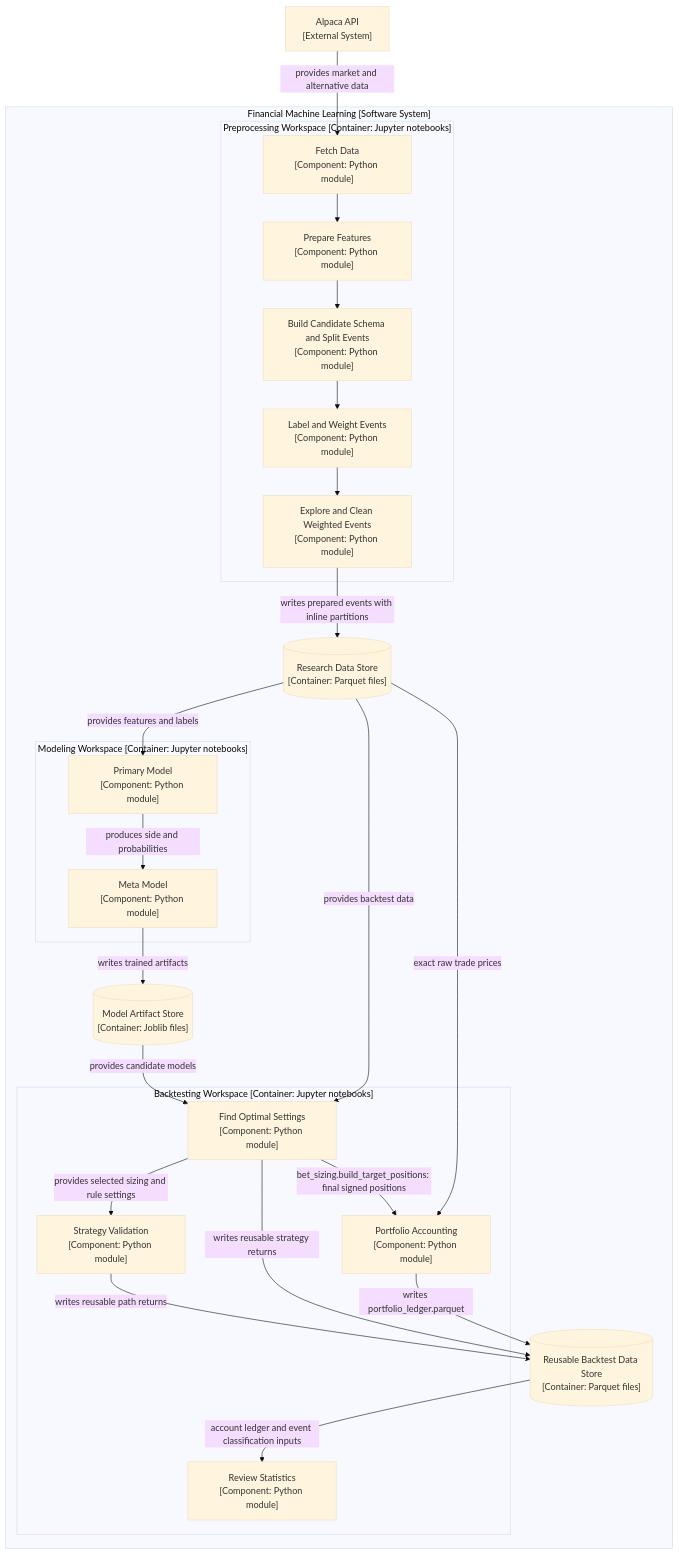
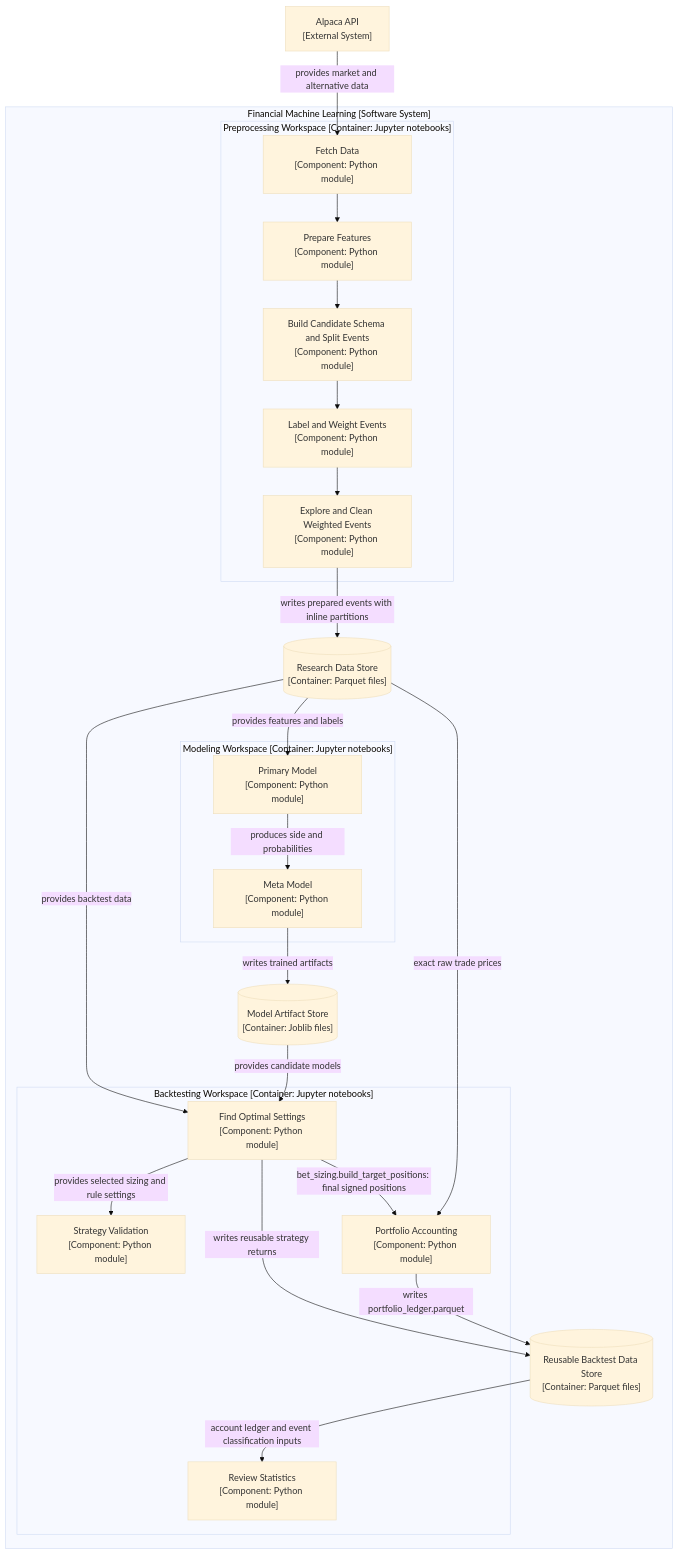
One commit to kwonjunhyuk9/financial-machine-learning changed the third of 3 diagrams in docs/architecture.md. Above: the diagram before and after it, drawn with Mermaid (base theme). The commit also changed other lines of this file and 9 other files, not shown here.

````diff
--- a/docs/architecture.md
+++ b/docs/architecture.md
@@ -67,50 +67,49 @@
 ```mermaid
 flowchart TD
     alpaca["Alpaca API<br/>[External System]"]
 
     subgraph system["Financial Machine Learning [Software System]"]
         data_store[("Research Data Store<br/>[Container: Parquet files]")]
         model_store[("Model Artifact Store<br/>[Container: Joblib files]")]
         result_store[("Reusable Backtest Data Store<br/>[Container: Parquet files]")]
 
         subgraph preprocessing_workspace["Preprocessing Workspace [Container: Jupyter notebooks]"]
             fetch_data["Fetch Data<br/>[Component: Python module]"]
             prepare_data["Prepare Features<br/>[Component: Python module]"]
             split_events["Build Candidate Schema and Split Events<br/>[Component: Python module]"]
             label_events["Label and Weight Events<br/>[Component: Python module]"]
             clean_events["Explore and Clean Weighted Events<br/>[Component: Python module]"]
         end
 
         subgraph modeling_workspace["Modeling Workspace [Container: Jupyter notebooks]"]
             primary_model["Primary Model<br/>[Component: Python module]"]
             meta_model["Meta Model<br/>[Component: Python module]"]
         end
 
         subgraph backtesting_workspace["Backtesting Workspace [Container: Jupyter notebooks]"]
             find_settings["Find Optimal Settings<br/>[Component: Python module]"]
             strategy_validation["Strategy Validation<br/>[Component: Python module]"]
             portfolio["Portfolio Accounting<br/>[Component: Python module]"]
             review_statistics["Review Statistics<br/>[Component: Python module]"]
         end
 
     end
 
     alpaca -->|" provides market and alternative data "| fetch_data
     fetch_data --> prepare_data
     prepare_data --> split_events
     split_events --> label_events
     label_events --> clean_events
     clean_events -->|" writes prepared events with inline partitions "| data_store
     data_store -->|" provides features and labels "| primary_model
     primary_model -->|" produces side and probabilities "| meta_model
     meta_model -->|" writes trained artifacts "| model_store
     data_store -->|" provides backtest data "| find_settings
     model_store -->|" provides candidate models "| find_settings
     find_settings -->|" provides selected sizing and rule settings "| strategy_validation
     find_settings -->|" writes reusable strategy returns "| result_store
     find_settings -->|" bet_sizing.build_target_positions: final signed positions "| portfolio
     data_store -->|" exact raw trade prices "| portfolio
     portfolio -->|" writes portfolio_ledger.parquet "| result_store
-    strategy_validation -->|" writes reusable path returns "| result_store
     result_store -->|" account ledger and event classification inputs "| review_statistics
 ```
````
